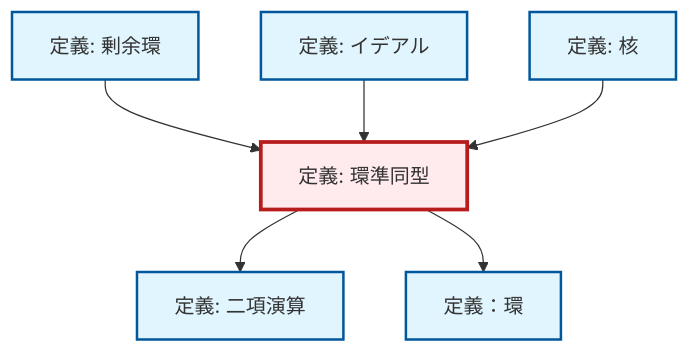
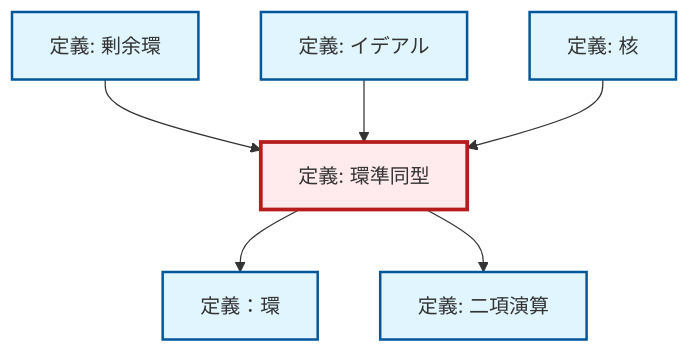
One commit to RK0429/ModernMath changed the diagram in content/ja/algebra/def-ring-homomorphism.qmd. Above: the diagram before and after it, drawn with Mermaid. The commit also changed other lines of this file and 1012 other files, not shown here.

````diff
--- a/content/ja/algebra/def-ring-homomorphism.qmd
+++ b/content/ja/algebra/def-ring-homomorphism.qmd
@@ -87,26 +87,26 @@
 ```{mermaid}
 %%| fig-cap: "Local dependency graph"
 graph TD
     classDef definition fill:#e1f5fe,stroke:#01579b,stroke-width:2px
     classDef theorem fill:#f3e5f5,stroke:#4a148c,stroke-width:2px
     classDef axiom fill:#fff3e0,stroke:#e65100,stroke-width:2px
     classDef example fill:#e8f5e9,stroke:#1b5e20,stroke-width:2px
     classDef current fill:#ffebee,stroke:#b71c1c,stroke-width:3px
-    def-ideal["定義: イデアル"]:::definition
+    def-kernel["定義: 核"]:::definition
+    def-ring-homomorphism["定義: 環準同型"]:::definition
+    def-ring["定義：環"]:::definition
     def-binary-operation["定義: 二項演算"]:::definition
     def-quotient-ring["定義: 剰余環"]:::definition
-    def-ring-homomorphism["定義: 環準同型"]:::definition
-    def-ring["定義：環"]:::definition
-    def-kernel["定義: 核"]:::definition
+    def-ideal["定義: イデアル"]:::definition
     def-quotient-ring --> def-ring-homomorphism
+    def-ideal --> def-ring-homomorphism
+    def-ring-homomorphism --> def-ring
+    def-kernel --> def-ring-homomorphism
     def-ring-homomorphism --> def-binary-operation
-    def-ideal --> def-ring-homomorphism
-    def-kernel --> def-ring-homomorphism
-    def-ring-homomorphism --> def-ring
     class def-ring-homomorphism current
-    click def-ideal "def-ideal.html" "イデアルの定義へ"
+    click def-kernel "def-kernel.html" "核の定義へ"
+    click def-ring "def-ring.html" "定義：環へ"
     click def-binary-operation "def-binary-operation.html" "二項演算の定義へ"
     click def-quotient-ring "def-quotient-ring.html" "剰余環の定義へ"
-    click def-ring "def-ring.html" "定義：環へ"
-    click def-kernel "def-kernel.html" "核の定義へ"
+    click def-ideal "def-ideal.html" "イデアルの定義へ"
 ```
````
